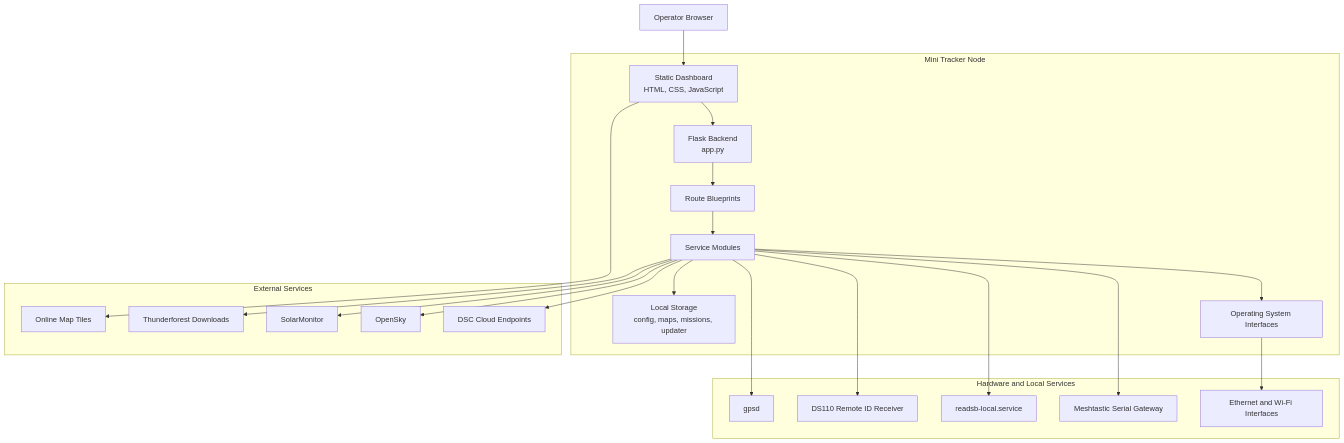
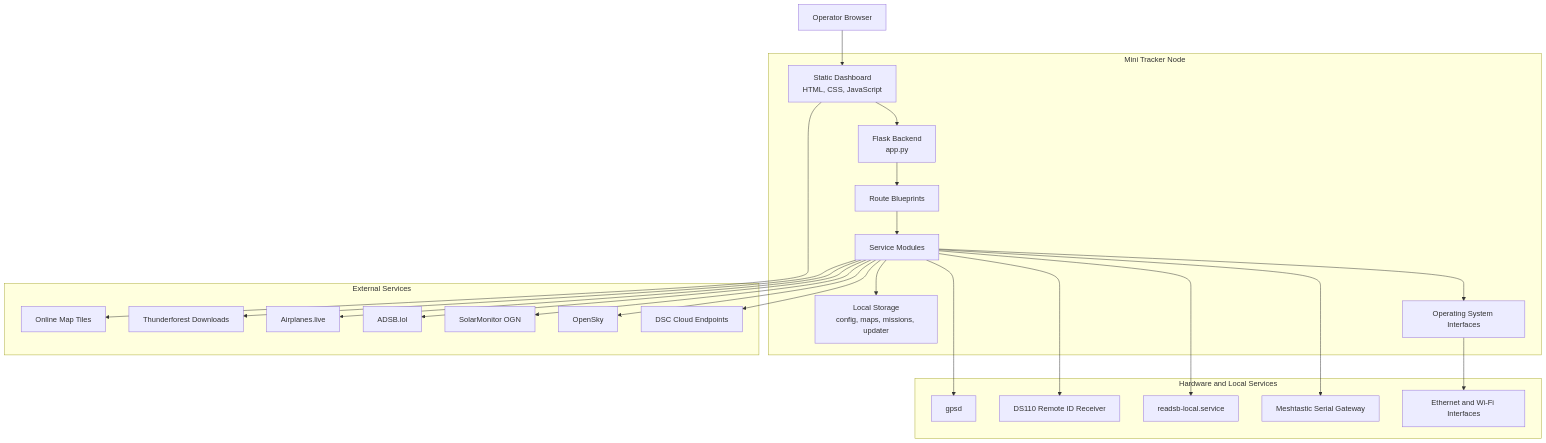
Before and after one commit to iz0qwm/drone_detector_antsdr_dronescout: the first of 10 diagrams in tracker-mini/frontend/help/docs/developer/architecture.md, drawn with Mermaid. The commit also changed other lines of this file and 32 other files, not shown here.

````diff
--- a/tracker-mini/frontend/help/docs/developer/architecture.md
+++ b/tracker-mini/frontend/help/docs/developer/architecture.md
@@ -31,49 +31,53 @@
 ```mermaid
 flowchart TD
 
     Operator["Operator Browser"]
 
     subgraph MiniTracker["Mini Tracker Node"]
         Dashboard["Static Dashboard<br/>HTML, CSS, JavaScript"]
         Flask["Flask Backend<br/>app.py"]
         Routes["Route Blueprints"]
         Services["Service Modules"]
         Storage["Local Storage<br/>config, maps, missions, updater"]
         OS["Operating System Interfaces"]
     end
 
     subgraph Hardware["Hardware and Local Services"]
         GPSD["gpsd"]
         DS110["DS110 Remote ID Receiver"]
         READSB["readsb-local.service"]
         Mesh["Meshtastic Serial Gateway"]
         Network["Ethernet and Wi-Fi Interfaces"]
     end
 
     subgraph External["External Services"]
         MapsOnline["Online Map Tiles"]
         Thunderforest["Thunderforest Downloads"]
-        SolarMonitor["SolarMonitor"]
+        AirplanesLive["Airplanes.live"]
+        AdsbLol["ADSB.lol"]
+        SolarMonitor["SolarMonitor OGN"]
         OpenSky["OpenSky"]
         DSC["DSC Cloud Endpoints"]
     end
 
     Operator --> Dashboard
     Dashboard --> Flask
     Flask --> Routes
     Routes --> Services
     Services --> Storage
     Services --> OS
 
     OS --> Network
     Services --> GPSD
     Services --> DS110
     Services --> READSB
     Services --> Mesh
 
     Dashboard --> MapsOnline
     Services --> Thunderforest
+    Services --> AirplanesLive
+    Services --> AdsbLol
     Services --> SolarMonitor
     Services --> OpenSky
     Services --> DSC
 ```
````
